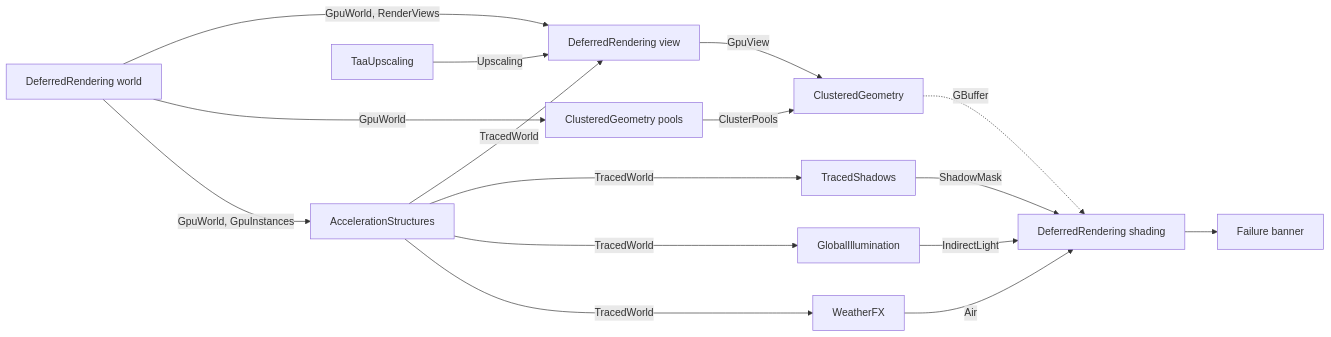
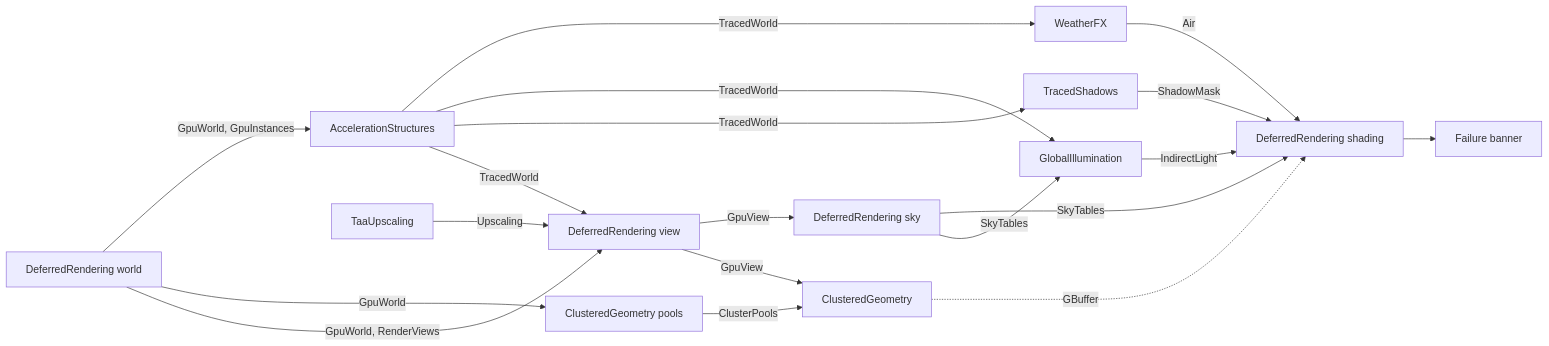
The diagram in docs/RENDERING.md (Konfus-org/Magic), drawn with Mermaid before and after one commit. The commit also changed other lines of this file and 14 other files, not shown here.

First line of the commit message:
refactor: make the sky's tables a render step of their own

````diff
--- a/docs/RENDERING.md
+++ b/docs/RENDERING.md
@@ -11,18 +11,21 @@
 ```mermaid
 flowchart LR
     World[DeferredRendering world] -- GpuWorld, RenderViews --> View[DeferredRendering view]
     World -- GpuWorld --> Pools[ClusteredGeometry pools]
     World -- GpuWorld, GpuInstances --> Accel[AccelerationStructures]
     Taa[TaaUpscaling] -- Upscaling --> View
     Accel -- TracedWorld --> View
     View -- GpuView --> Clusters[ClusteredGeometry]
+    View -- GpuView --> Sky[DeferredRendering sky]
+    Sky -- SkyTables --> GI
+    Sky -- SkyTables --> Shading
     Pools -- ClusterPools --> Clusters
     Accel -- TracedWorld --> Shadows[TracedShadows]
     Accel -- TracedWorld --> GI[GlobalIllumination]
     Accel -- TracedWorld --> Vol[WeatherFX]
     Shadows -- ShadowMask --> Shading[DeferredRendering shading]
     GI -- IndirectLight --> Shading
     Vol -- Air --> Shading
     Clusters -. GBuffer .-> Shading
     Shading --> Banner[Failure banner]
 ```
````
